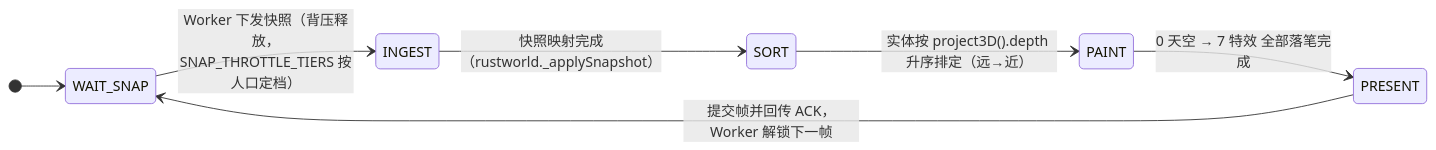
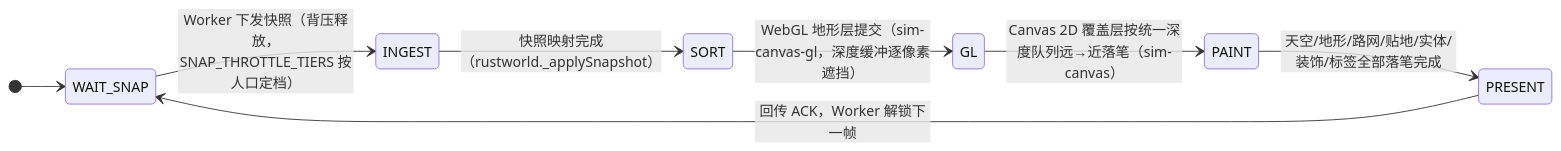
The diagram in docs/current/tech/16-frontend-overview.md (g39088902/FlowAndAccord), drawn with Mermaid before and after one commit. The commit also changed other lines of this file and 29 other files, not shown here.

````diff
--- a/docs/current/tech/16-frontend-overview.md
+++ b/docs/current/tech/16-frontend-overview.md
@@ -13,10 +13,11 @@
 ```mermaid
 stateDiagram-v2
     direction LR
     [*] --> WAIT_SNAP
     WAIT_SNAP --> INGEST : Worker 下发快照（背压释放，SNAP_THROTTLE_TIERS 按人口定档）
     INGEST --> SORT : 快照映射完成（rustworld._applySnapshot）
-    SORT --> PAINT : 实体按 project3D().depth 升序排定（远→近）
-    PAINT --> PRESENT : 0 天空 → 7 特效 全部落笔完成
-    PRESENT --> WAIT_SNAP : 提交帧并回传 ACK，Worker 解锁下一帧
+    SORT --> GL : WebGL 地形层提交（sim-canvas-gl，深度缓冲逐像素遮挡）
+    GL --> PAINT : Canvas 2D 覆盖层按统一深度队列远→近落笔（sim-canvas）
+    PAINT --> PRESENT : 天空/地形/路网/贴地/实体/装饰/标签全部落笔完成
+    PRESENT --> WAIT_SNAP : 回传 ACK，Worker 解锁下一帧
 ```
````
